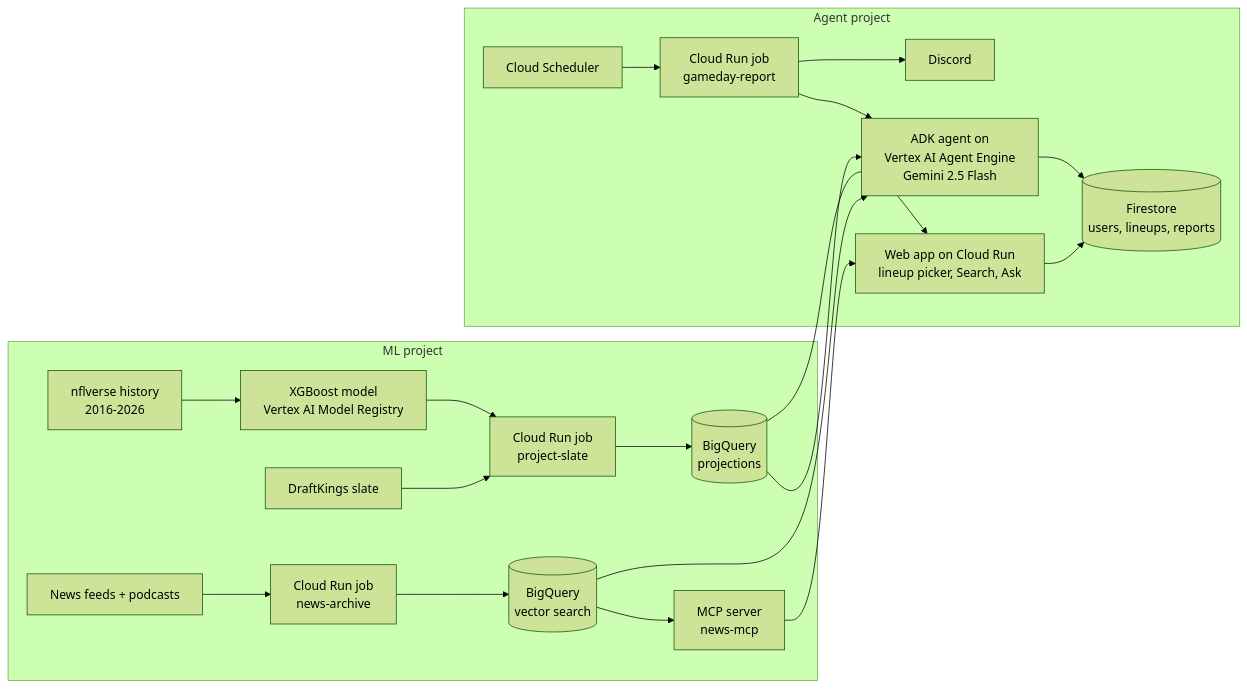
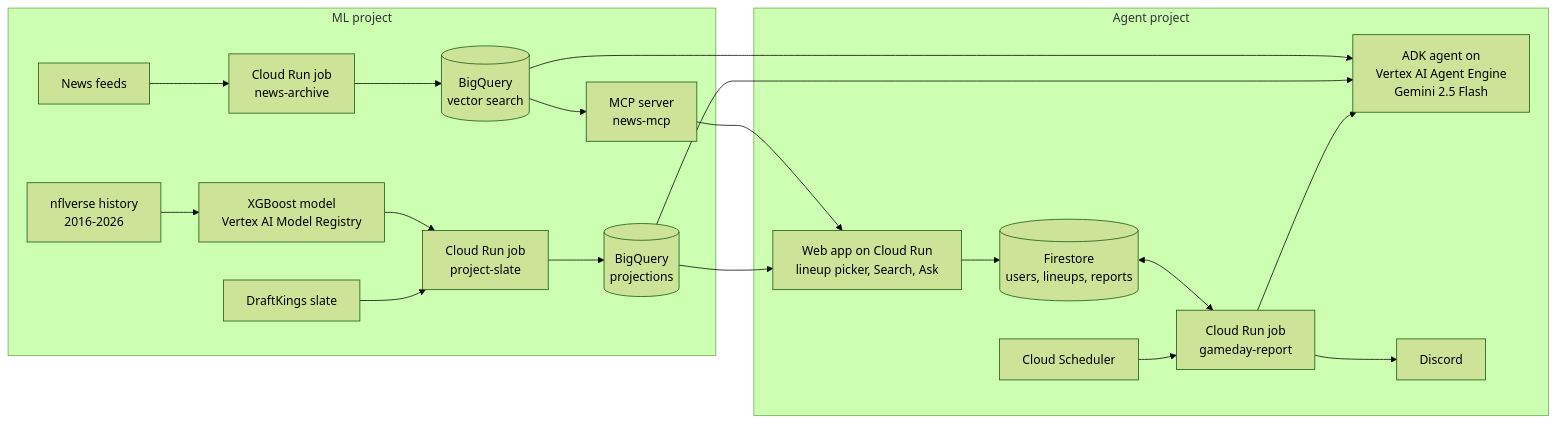
The diagram in README.md (tred0003/nfl-dfs-gameday-agent), drawn with Mermaid (forest theme) before and after one commit. The commit also changed other lines of this file and 31 other files, not shown here.

````diff
--- a/README.md
+++ b/README.md
@@ -12,21 +13,21 @@
 ```mermaid
 flowchart LR
     subgraph ML["ML project"]
         NV[nflverse history<br/>2016-2026] --> XGB[XGBoost model<br/>Vertex AI Model Registry]
         DK[DraftKings slate] --> PS[Cloud Run job<br/>project-slate]
         XGB --> PS --> BQ[(BigQuery<br/>projections)]
-        NEWS[News feeds + podcasts] --> NA[Cloud Run job<br/>news-archive] --> VEC[(BigQuery<br/>vector search)]
+        NEWS[News feeds] --> NA[Cloud Run job<br/>news-archive] --> VEC[(BigQuery<br/>vector search)]
         VEC --> MCP[MCP server<br/>news-mcp]
     end
     subgraph AG["Agent project"]
         SCH[Cloud Scheduler] --> RPT[Cloud Run job<br/>gameday-report]
         RPT --> AE[ADK agent on<br/>Vertex AI Agent Engine<br/>Gemini 2.5 Flash]
-        AE --> FS[(Firestore<br/>users, lineups, reports)]
+        FS[(Firestore<br/>users, lineups, reports)] <--> RPT
         RPT --> DISC[Discord]
         WEB[Web app on Cloud Run<br/>lineup picker, Search, Ask] --> FS
     end
     BQ --> AE
     VEC --> AE
     BQ --> WEB
     MCP --> WEB
 ```
````
